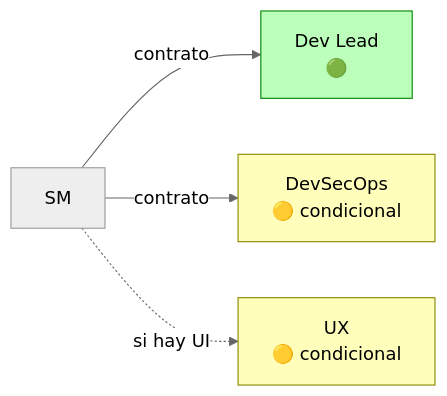
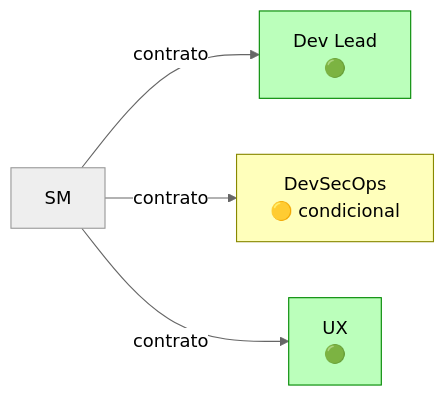
Before and after one commit to virgenherrera/idea-to-mvp: the fourth of 14 diagrams in docs/role-profiles.md, drawn with Mermaid (neutral theme). The commit also changed other lines of this file and 1 other file, not shown here.

````diff
--- a/docs/role-profiles.md
+++ b/docs/role-profiles.md
@@ -315,10 +315,10 @@
 ```mermaid
 flowchart LR
     SM_F3["SM"] -->|"contrato"| DEV_F3["Dev Lead\n🟢"]
     SM_F3 -->|"contrato"| SEC_F3["DevSecOps\n🟡 condicional"]
-    SM_F3 -.->|"si hay UI"| UX_F3["UX\n🟡 condicional"]
+    SM_F3 -->|"contrato"| UX_F3["UX\n🟢"]
 
     style DEV_F3 fill:#bfb,stroke:#080
     style SEC_F3 fill:#ffb,stroke:#880
-    style UX_F3 fill:#ffb,stroke:#880
+    style UX_F3 fill:#bfb,stroke:#080
 ```
````
